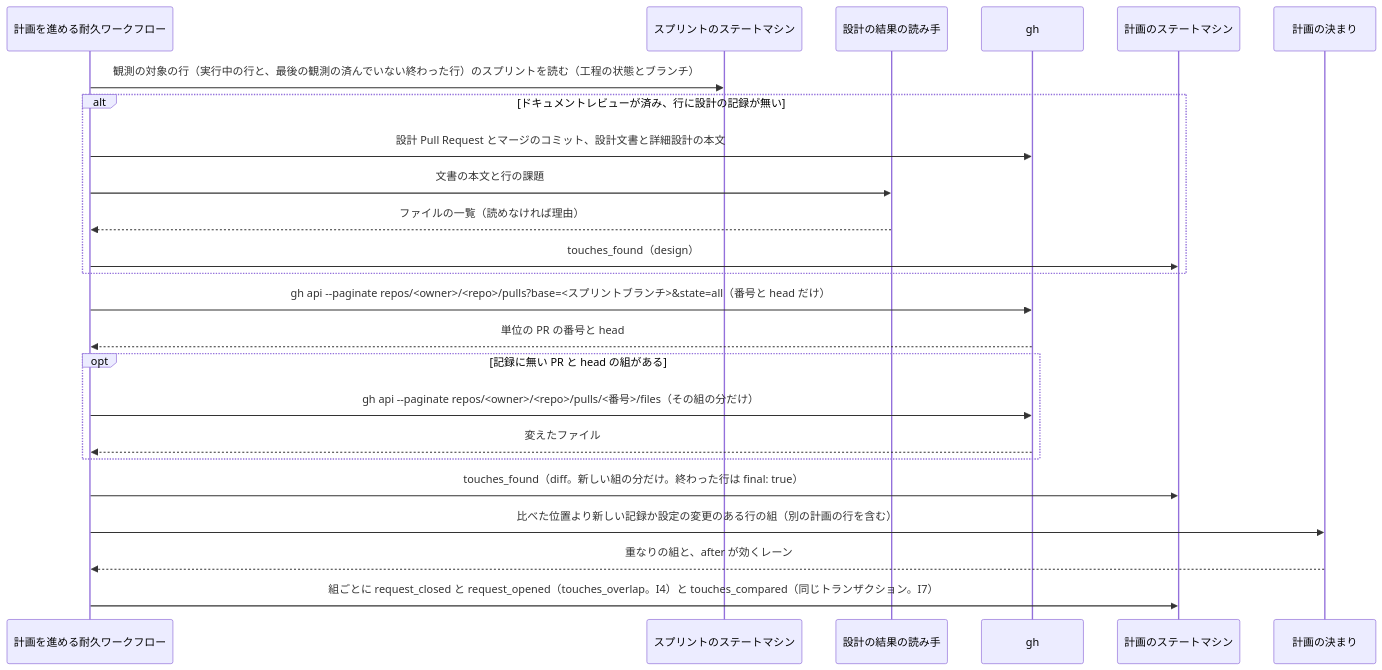
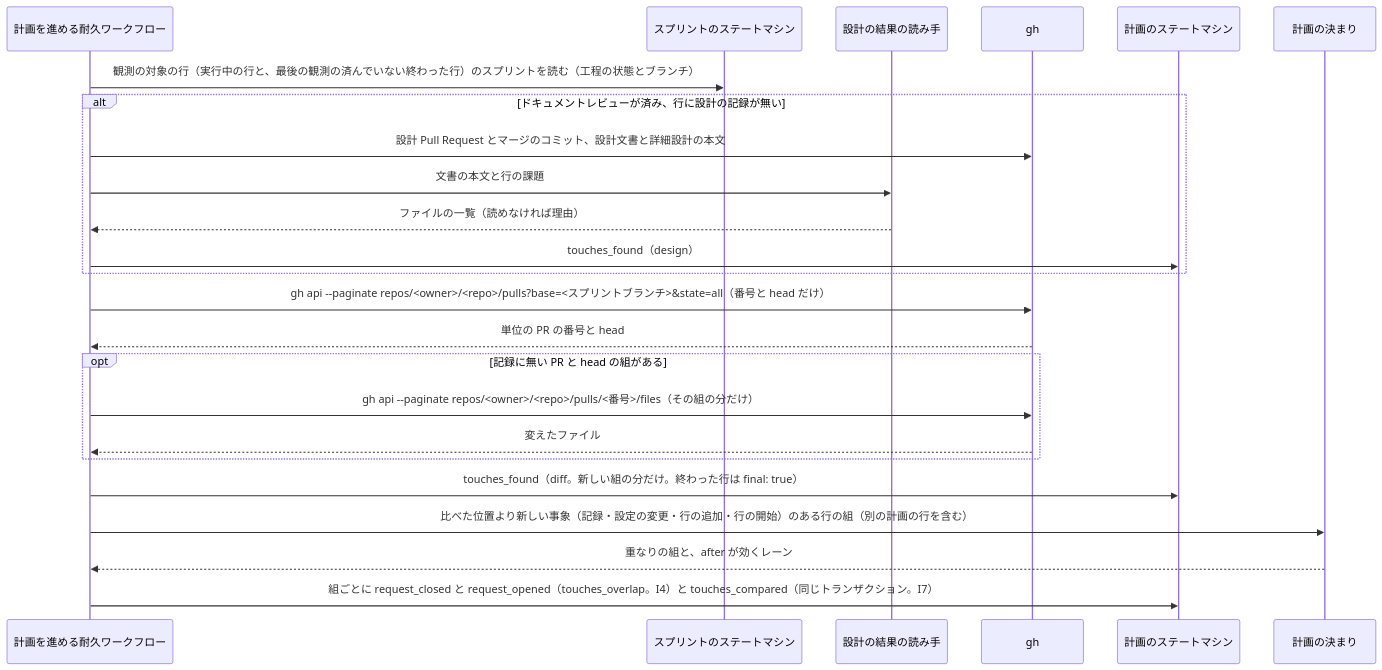
One commit to devbasex/ai-plugins changed the fourth of 5 diagrams in issues/issue-4295-2037-design.md. Above: the diagram before and after it, drawn with Mermaid. The commit also changed other lines of this file, not shown here.

````diff
--- a/issues/issue-4295-2037-design.md
+++ b/issues/issue-4295-2037-design.md
@@ -223,26 +229,26 @@
 ```mermaid
 sequenceDiagram
     participant RUN as 計画を進める耐久ワークフロー
     participant SP as スプリントのステートマシン
     participant DR as 設計の結果の読み手
     participant GH as gh
     participant PL as 計画のステートマシン
     participant RU as 計画の決まり
     RUN->>SP: 観測の対象の行（実行中の行と、最後の観測の済んでいない終わった行）のスプリントを読む（工程の状態とブランチ）
     alt ドキュメントレビューが済み、行に設計の記録が無い
         RUN->>GH: 設計 Pull Request とマージのコミット、設計文書と詳細設計の本文
         RUN->>DR: 文書の本文と行の課題
         DR-->>RUN: ファイルの一覧（読めなければ理由）
         RUN->>PL: touches_found（design）
     end
     RUN->>GH: gh api --paginate repos/<owner>/<repo>/pulls?base=<スプリントブランチ>&state=all（番号と head だけ）
     GH-->>RUN: 単位の PR の番号と head
     opt 記録に無い PR と head の組がある
         RUN->>GH: gh api --paginate repos/<owner>/<repo>/pulls/<番号>/files（その組の分だけ）
         GH-->>RUN: 変えたファイル
     end
     RUN->>PL: touches_found（diff。新しい組の分だけ。終わった行は final: true）
-    RUN->>RU: 比べた位置より新しい記録か設定の変更のある行の組（別の計画の行を含む）
+    RUN->>RU: 比べた位置より新しい事象（記録・設定の変更・行の追加・行の開始）のある行の組（別の計画の行を含む）
     RU-->>RUN: 重なりの組と、after が効くレーン
     RUN->>PL: 組ごとに request_closed と request_opened（touches_overlap。I4）と touches_compared（同じトランザクション。I7）
 ```
````
